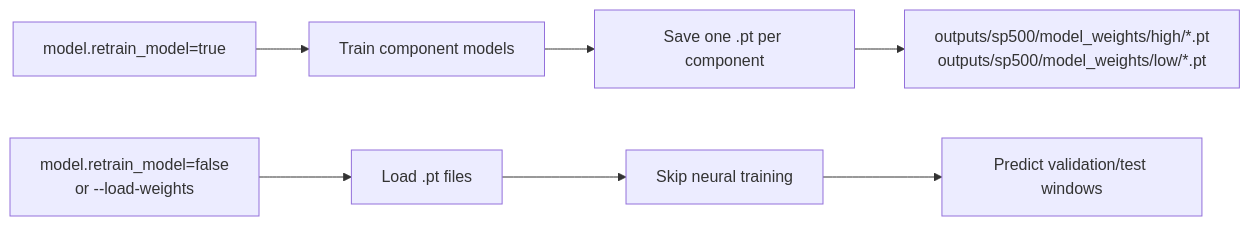
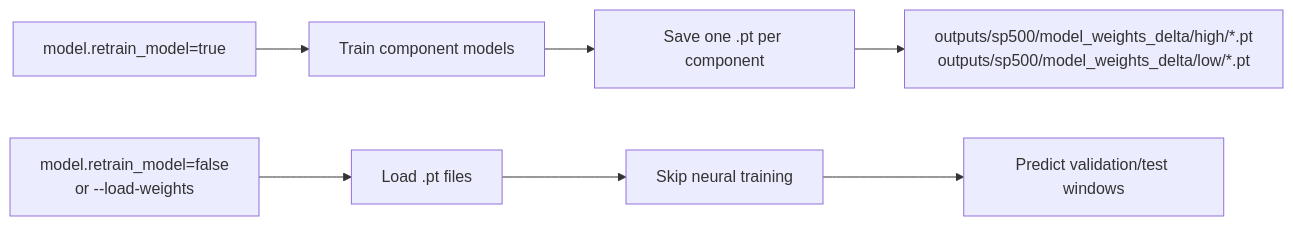
One commit to FrancisSu09/ML_final_project changed the second of 2 diagrams in reports/project_architecture.md. Above: the diagram before and after it, drawn with Mermaid. The commit also changed other lines of this file and 10 other files, not shown here.

Commit message:
Add delta target forecasting architecture

````diff
--- a/reports/project_architecture.md
+++ b/reports/project_architecture.md
@@ -136,9 +163,9 @@
 ```mermaid
 flowchart LR
     A[model.retrain_model=true] --> B[Train component models]
     B --> C[Save one .pt per component]
-    C --> D[outputs/sp500/model_weights/high/*.pt<br/>outputs/sp500/model_weights/low/*.pt]
+    C --> D[outputs/sp500/model_weights_delta/high/*.pt<br/>outputs/sp500/model_weights_delta/low/*.pt]
     E[model.retrain_model=false<br/>or --load-weights] --> F[Load .pt files]
     F --> G[Skip neural training]
     G --> H[Predict validation/test windows]
 ```
````
